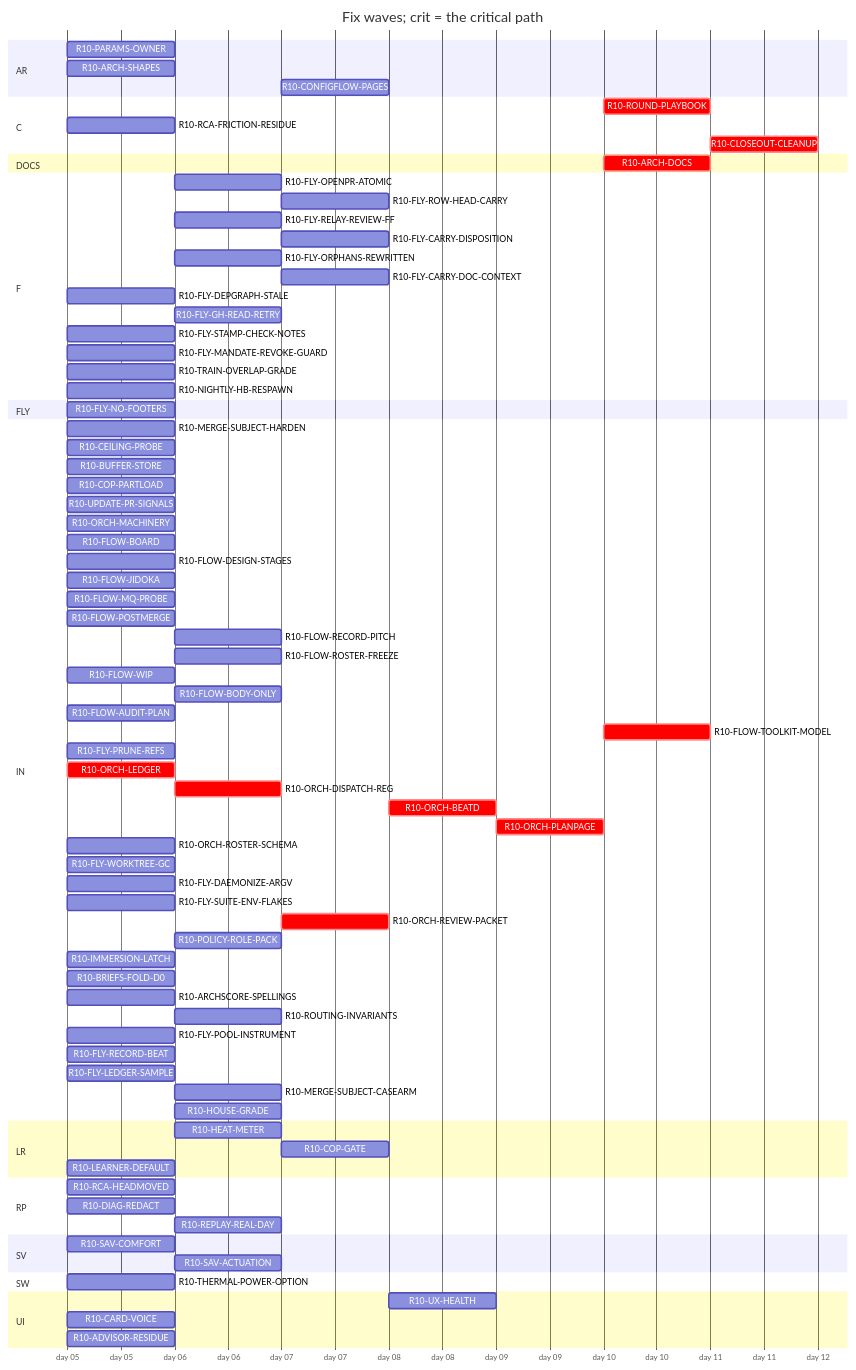
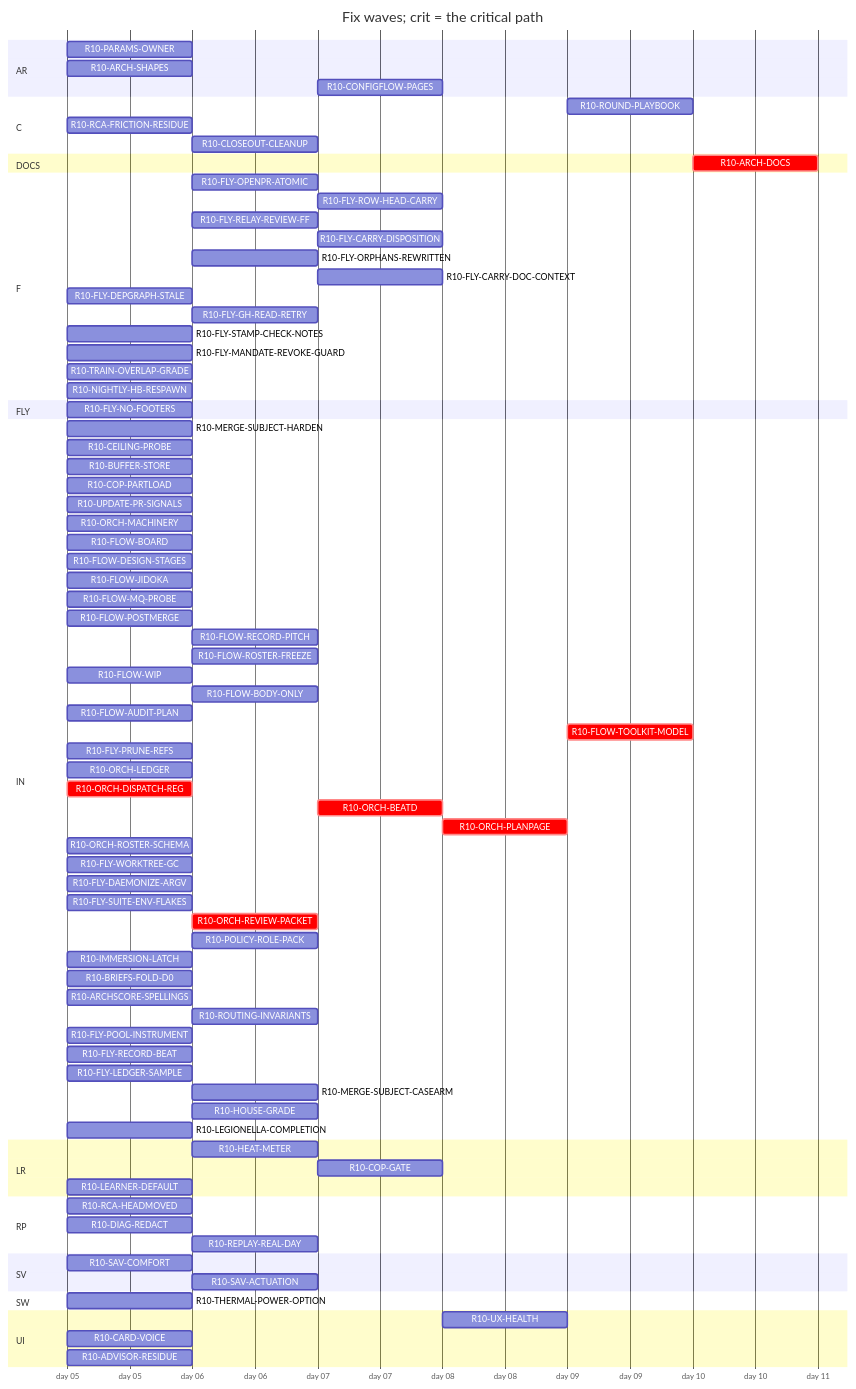
The diagram in handoff/round10/state/PLAN-TABLE.md (tvofi/heatpump_optimizer), drawn with Mermaid before and after one commit. The commit also changed other lines of this file and 2 other files, not shown here.

```diff
--- a/handoff/round10/state/PLAN-TABLE.md
+++ b/handoff/round10/state/PLAN-TABLE.md
@@ -31,9 +31,9 @@
     R10-ARCH-SHAPES :r10ARCHSHAPES, 2026-01-05, 1d
     R10-CONFIGFLOW-PAGES :r10CONFIGFLOWPAGES, after r10HEATMETER, 1d
   section C
-    R10-ROUND-PLAYBOOK :crit, r10ROUNDPLAYBOOK, after r10FLOWAUDITPLAN r10ORCHLEDGER r10ORCHDISPATCHREG r10ORCHBEATD r10ORCHPLANPAGE r10FLYRELAYREVIEWFF r10FLOWROSTERFREEZE r10FLOWBODYONLY r10ARCHDOCS, 1d
+    R10-ROUND-PLAYBOOK :r10ROUNDPLAYBOOK, after r10FLOWAUDITPLAN r10ORCHLEDGER r10ORCHDISPATCHREG r10ORCHBEATD r10ORCHPLANPAGE r10FLYRELAYREVIEWFF r10FLOWROSTERFREEZE r10FLOWBODYONLY, 1d
     R10-RCA-FRICTION-RESIDUE :r10RCAFRICTIONRESIDUE, 2026-01-05, 1d
-    R10-CLOSEOUT-CLEANUP :crit, r10CLOSEOUTCLEANUP, after r10FLYPRUNEREFS r10FLYWORKTREEGC r10ARCHDOCS r10ROUNDPLAYBOOK, 1d
+    R10-CLOSEOUT-CLEANUP :r10CLOSEOUTCLEANUP, after r10FLYPRUNEREFS r10FLYWORKTREEGC, 1d
   section DOCS
     R10-ARCH-DOCS :crit, r10ARCHDOCS, after r10PARAMSOWNER r10ARCHSHAPES r10HEATMETER r10COPGATE r10UXHEALTH r10CONFIGFLOWPAGES r10RCAHEADMOVED r10SAVCOMFORT r10MERGESUBJECTHARDEN r10CEILINGPROBE r10BUFFERSTORE r10COPPARTLOAD r10UPDATEPRSIGNALS r10CARDVOICE r10THERMALPOWEROPTION r10LEARNERDEFAULT r10FLOWBOARD r10FLOWDESIGNSTAGES r10FLOWJIDOKA r10FLOWMQPROBE r10FLOWPOSTMERGE r10FLOWRECORDPITCH r10FLOWROSTERFREEZE r10FLOWWIP r10FLOWBODYONLY r10FLYOPENPRATOMIC r10FLYROWHEADCARRY r10FLOWAUDITPLAN r10FLYRELAYREVIEWFF r10FLYCARRYDISPOSITION r10FLYORPHANSREWRITTEN r10FLYCARRYDOCCONTEXT r10FLYDEPGRAPHSTALE r10FLOWTOOLKITMODEL r10FLYSTAMPCHECKNOTES r10FLYMANDATEREVOKEGUARD r10RCAFRICTIONRESIDUE r10TRAINOVERLAPGRADE r10NIGHTLYHBRESPAWN r10FLYPRUNEREFS r10ORCHLEDGER r10ORCHDISPATCHREG r10ORCHBEATD r10ORCHPLANPAGE r10ORCHROSTERSCHEMA r10FLYWORKTREEGC r10FLYDAEMONIZEARGV r10ORCHREVIEWPACKET r10POLICYROLEPACK r10IMMERSIONLATCH r10DIAGREDACT r10ADVISORRESIDUE r10BRIEFSFOLDD0 r10REPLAYREALDAY r10ARCHSCORESPELLINGS r10SAVACTUATION r10FLYLEDGERSAMPLE, 1d
   section F
@@ -70,8 +70,8 @@
     R10-FLOW-AUDIT-PLAN :r10FLOWAUDITPLAN, 2026-01-05, 1d
     R10-FLOW-TOOLKIT-MODEL :crit, r10FLOWTOOLKITMODEL, after r10ORCHPLANPAGE, 1d
     R10-FLY-PRUNE-REFS :r10FLYPRUNEREFS, 2026-01-05, 1d
-    R10-ORCH-LEDGER :crit, r10ORCHLEDGER, 2026-01-05, 1d
-    R10-ORCH-DISPATCH-REG :crit, r10ORCHDISPATCHREG, after r10ORCHLEDGER, 1d
+    R10-ORCH-LEDGER :r10ORCHLEDGER, 2026-01-05, 1d
+    R10-ORCH-DISPATCH-REG :crit, r10ORCHDISPATCHREG, 2026-01-05, 1d
     R10-ORCH-BEATD :crit, r10ORCHBEATD, after r10ORCHDISPATCHREG r10ORCHREVIEWPACKET r10FLOWROSTERFREEZE, 1d
     R10-ORCH-PLANPAGE :crit, r10ORCHPLANPAGE, after r10ORCHBEATD, 1d
     R10-ORCH-ROSTER-SCHEMA :r10ORCHROSTERSCHEMA, 2026-01-05, 1d
@@ -89,6 +89,7 @@
     R10-FLY-LEDGER-SAMPLE :r10FLYLEDGERSAMPLE, 2026-01-05, 1d
     R10-MERGE-SUBJECT-CASEARM :r10MERGESUBJECTCASEARM, after r10MERGESUBJECTHARDEN, 1d
     R10-HOUSE-GRADE :r10HOUSEGRADE, after r10PARAMSOWNER, 1d
+    R10-LEGIONELLA-COMPLETION :r10LEGIONELLACOMPLETION, 2026-01-05, 1d
   section LR
     R10-HEAT-METER :r10HEATMETER, after r10PARAMSOWNER r10ARCHSHAPES r10THERMALPOWEROPTION, 1d
     R10-COP-GATE :r10COPGATE, after r10HEATMETER, 1d
```
